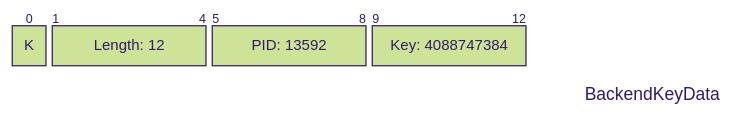
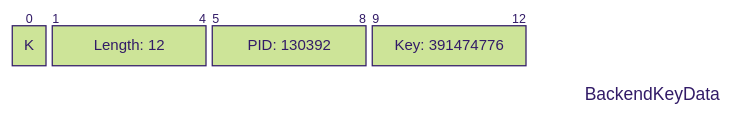
Diagram 20 of 55 in docs/examples/exports/pagila-10-listen-notify-notificationresponse/capture.mermaid.pkt.md (xfischer/pg_protoexport), drawn with Mermaid (forest theme) before and after one commit. The commit also changed other lines of this file and 135 other files, not shown here.

````diff
--- a/docs/examples/exports/pagila-10-listen-notify-notificationresponse/capture.mermaid.pkt.md
+++ b/docs/examples/exports/pagila-10-listen-notify-notificationresponse/capture.mermaid.pkt.md
@@ -283,13 +283,13 @@
 ```mermaid
 ---
 title: "BackendKeyData"
 config:
   packet:
     bitsPerRow: 32
 ---
 packet
     +1: "K"
     +4: "Length: 12"
-    +4: "PID: 13592"
-    +4: "Key: 4088747384"
+    +4: "PID: 130392"
+    +4: "Key: 391474776"
 ```
````
